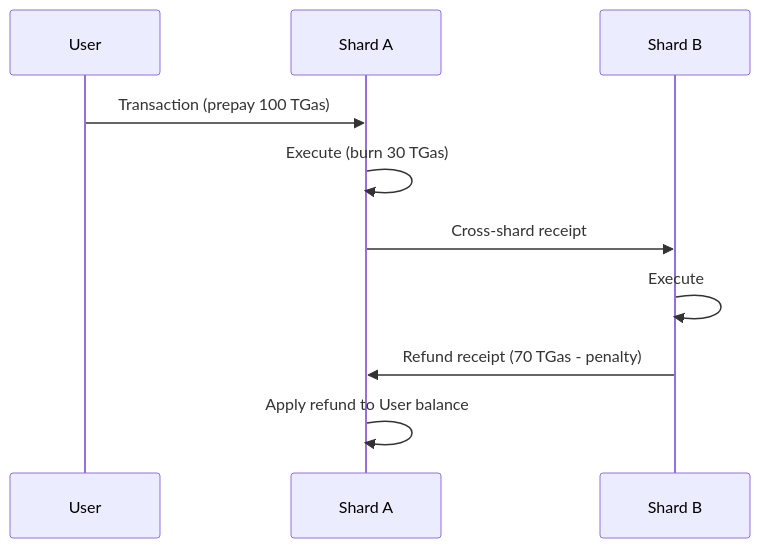
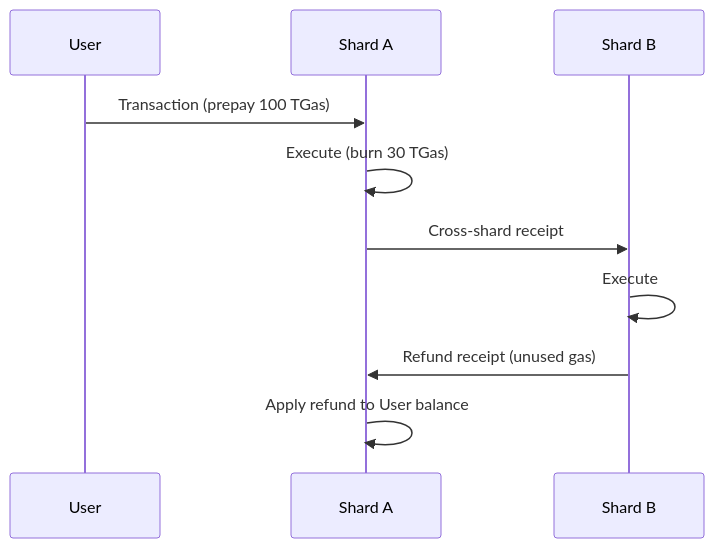
One commit to fastnear/builder-docs changed the third of 3 diagrams in docs/transaction-flow/gas-economics.mdx. Above: the diagram before and after it, drawn with Mermaid. The commit also changed other lines of this file and 6 other files, not shown here.

````diff
--- a/docs/transaction-flow/gas-economics.mdx
+++ b/docs/transaction-flow/gas-economics.mdx
@@ -408,13 +399,13 @@
 ```mermaid
 sequenceDiagram
     participant User
     participant ShardA as Shard A
     participant ShardB as Shard B
 
     User->>ShardA: Transaction (prepay 100 TGas)
     ShardA->>ShardA: Execute (burn 30 TGas)
     ShardA->>ShardB: Cross-shard receipt
     ShardB->>ShardB: Execute
-    ShardB->>ShardA: Refund receipt (70 TGas - penalty)
+    ShardB->>ShardA: Refund receipt (unused gas)
     ShardA->>ShardA: Apply refund to User balance
 ```
````
